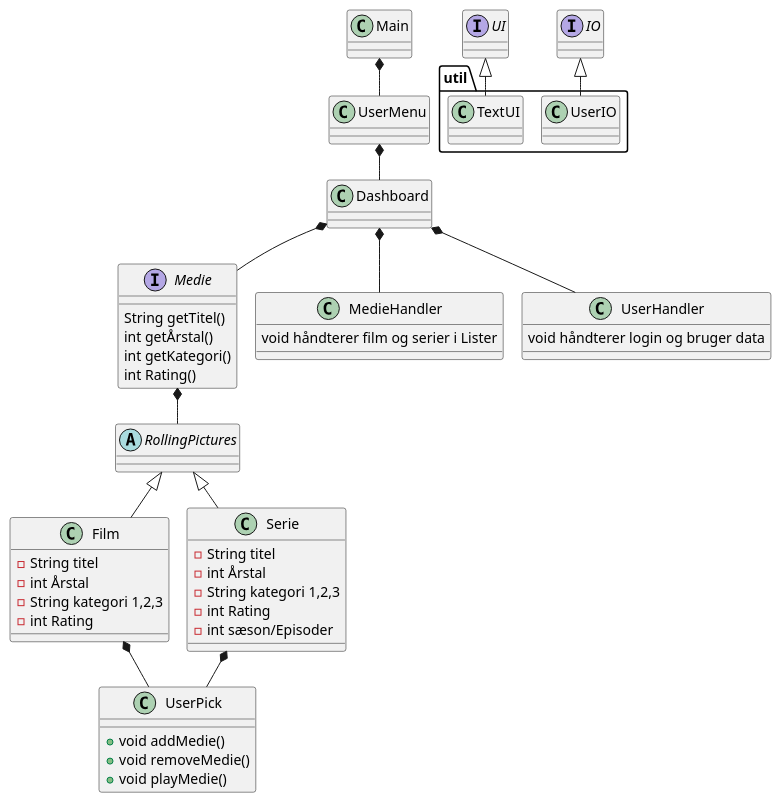
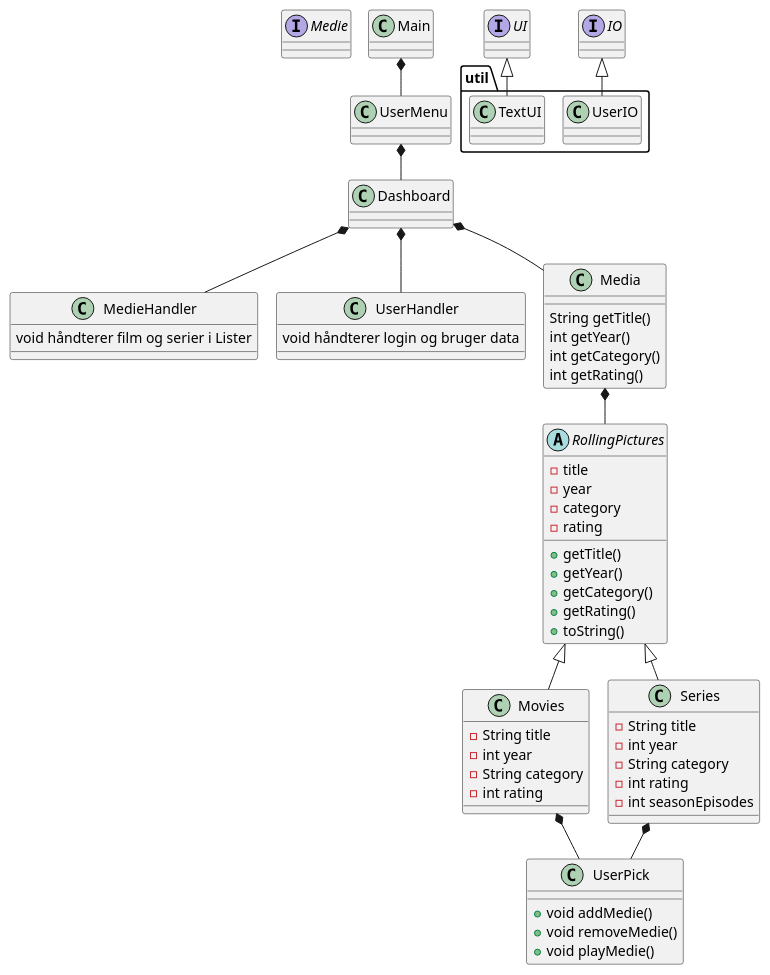
The diagram in doc/Classdiagram.puml (ETHMUNI/SP3-streamingtjeneste), drawn with PlantUML before and after one commit.

Commit message:
klassediagram

```diff
--- a/doc/Classdiagram.puml
+++ b/doc/Classdiagram.puml
@@ -1,64 +1,75 @@
 @startuml
 'https://plantuml.com/class-diagram
 !pragma layout smetana
 
 interface Medie
 class Main
-class Film
-class Serie
+class Movies
+class Series
 class UserMenu
 class Dashboard
 class UserPick
 class MedieHandler
 class UserHandler
 interface UI
 interface IO
 abstract RollingPictures
 
 
 
 package "util"{
 class TextUI
 class UserIO
 }
 
-Medie : String getTitel()
-Medie : int getÅrstal()
-Medie : int getKategori()
-Medie : int Rating()
+Media : String getTitle()
+Media : int getYear()
+Media : int getCategory()
+Media : int getRating()
 
-Film : - String titel
-Film : - int Årstal
-Film : - String kategori 1,2,3
-Film : - int Rating
+Movies : - String title
+Movies : - int year
+Movies : - String category
+Movies : - int rating
 
-Serie : - String titel
-Serie : - int Årstal
-Serie : - String kategori 1,2,3
-Serie : - int Rating
-Serie : - int sæson/Episoder
+Series : - String title
+Series : - int year
+Series : - String category
+Series : - int rating
+Series : - int seasonEpisodes
+
+RollingPictures : - title
+RollingPictures : - year
+RollingPictures : - category
+RollingPictures : - rating
+RollingPictures : + getTitle()
+RollingPictures : + getYear()
+RollingPictures : + getCategory()
+RollingPictures : + getRating()
+RollingPictures : + toString()
+
 
 UserPick : + void addMedie()
 UserPick : + void removeMedie()
 UserPick : + void playMedie()
 UserHandler : void håndterer login og bruger data
 MedieHandler : void håndterer film og serier i Lister
 
 Main *-- UserMenu
 UserMenu *-- Dashboard
-Dashboard *--Medie
+Dashboard *--Media
 Dashboard *-- UserHandler
 Dashboard *-- MedieHandler
-Medie *-- RollingPictures
+Media *-- RollingPictures
 
-RollingPictures <|-- Film
-RollingPictures <|-- Serie
-Film *-- UserPick
-Serie *-- UserPick
+RollingPictures <|-- Movies
+RollingPictures <|-- Series
+Movies *-- UserPick
+Series *-- UserPick
 
 UI <|-- TextUI
 IO <|-- UserIO
 
 
 
 @enduml
```
